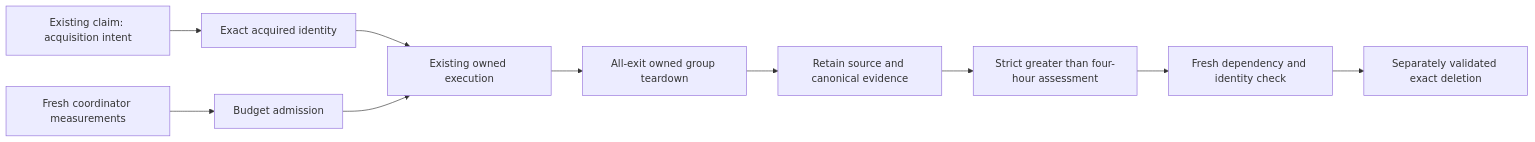
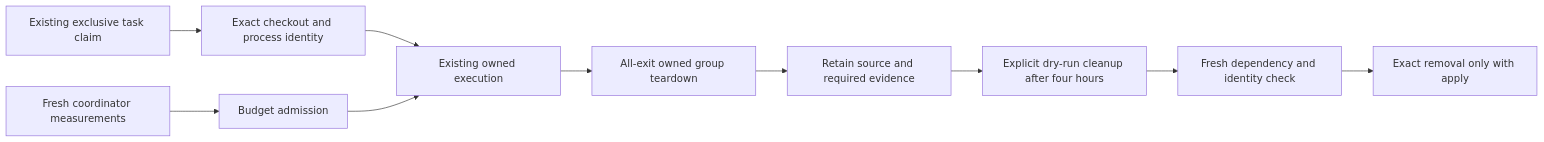
One commit to dgmolla/fitsy changed the diagram in docs/engineering/devops/resource-control-continuation.md. Above: the diagram before and after it, drawn with Mermaid. The commit also changed other lines of this file and 21 other files, not shown here.

````diff
--- a/docs/engineering/devops/resource-control-continuation.md
+++ b/docs/engineering/devops/resource-control-continuation.md
@@ -8,12 +8,12 @@
 ```mermaid
 flowchart LR
-    I[Existing claim: acquisition intent] --> A[Exact acquired identity]
+    I[Existing exclusive task claim] --> A[Exact checkout and process identity]
     M[Fresh coordinator measurements] --> B[Budget admission]
     A --> E[Existing owned execution]
     B --> E
     E --> T[All-exit owned group teardown]
-    T --> R[Retain source and canonical evidence]
-    R --> C[Strict greater than four-hour assessment]
+    T --> R[Retain source and required evidence]
+    R --> C[Explicit dry-run cleanup after four hours]
     C --> V[Fresh dependency and identity check]
-    V --> D[Separately validated exact deletion]
+    V --> D[Exact removal only with apply]
 ```
````
